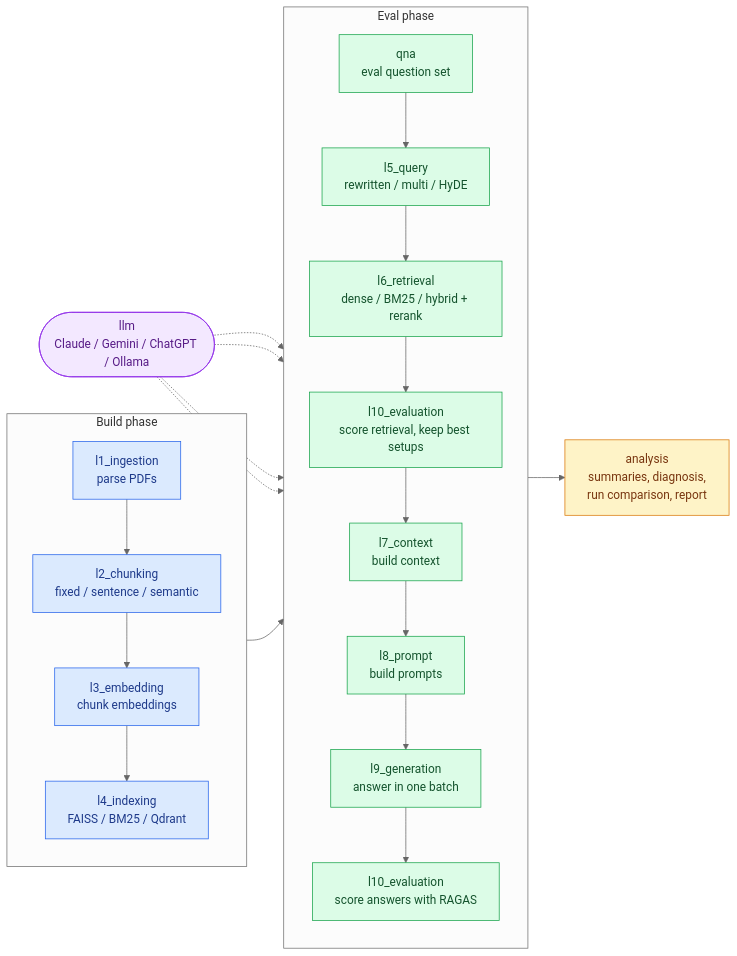
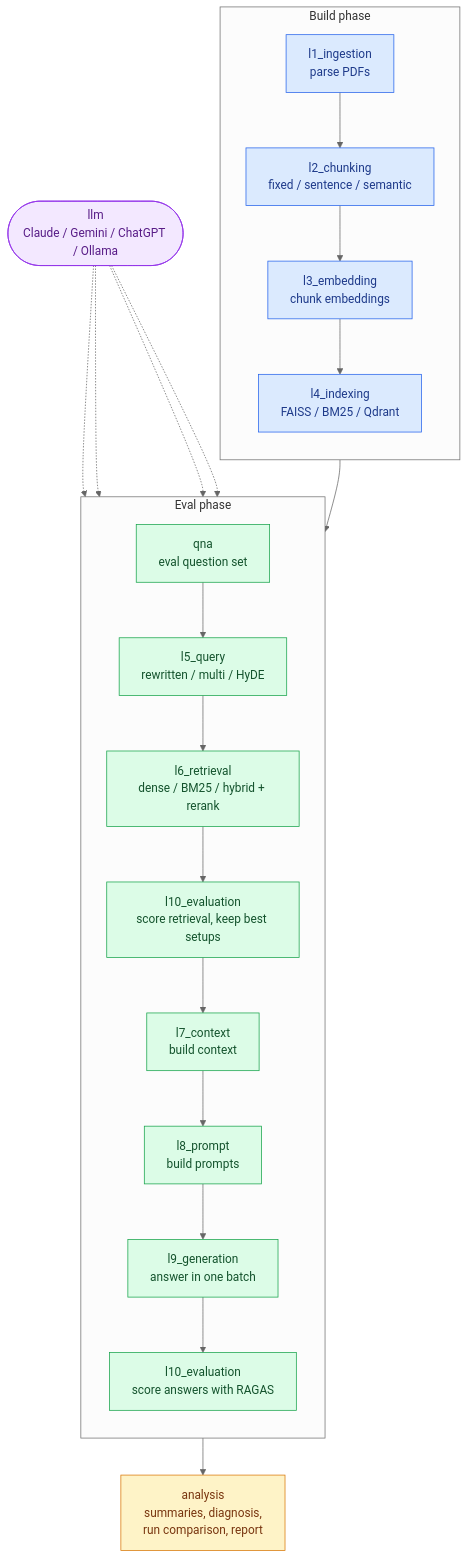
One commit to tanzima-sultana/RAG-Eval changed the diagram in README.md. Above: the diagram before and after it, drawn with Mermaid (neutral theme).

Commit message:
Lay out the README architecture diagram top to bottom, so the layers are not squeezed side by side

````diff
--- a/README.md
+++ b/README.md
@@ -23,39 +23,39 @@
 ```mermaid
-flowchart LR
+flowchart TB
     subgraph BUILD["Build phase"]
         direction TB
         L1["l1_ingestion<br/>parse PDFs"] --> L2["l2_chunking<br/>fixed / sentence / semantic"]
         L2 --> L3["l3_embedding<br/>chunk embeddings"]
         L3 --> L4["l4_indexing<br/>FAISS / BM25 / Qdrant"]
     end
 
     subgraph EVAL["Eval phase"]
         direction TB
         QNA["qna<br/>eval question set"] --> L5["l5_query<br/>rewritten / multi / HyDE"]
         L5 --> L6["l6_retrieval<br/>dense / BM25 / hybrid + rerank"]
         L6 --> RE["l10_evaluation<br/>score retrieval, keep best setups"]
         RE --> L7["l7_context<br/>build context"]
         L7 --> L8["l8_prompt<br/>build prompts"]
         L8 --> L9["l9_generation<br/>answer in one batch"]
         L9 --> AE["l10_evaluation<br/>score answers with RAGAS"]
     end
 
     AN["analysis<br/>summaries, diagnosis,<br/>run comparison, report"]
     LLM(["llm<br/>Claude / Gemini / ChatGPT / Ollama"])
 
     L4 --> L6
     AE --> AN
     LLM -.-> QNA
     LLM -.-> L5
     LLM -.-> L9
     LLM -.-> AE
 
     classDef build fill:#dbeafe,stroke:#2563eb,color:#1e3a8a
     classDef eval fill:#dcfce7,stroke:#16a34a,color:#14532d
     classDef out fill:#fef3c7,stroke:#d97706,color:#78350f
     classDef llm fill:#f3e8ff,stroke:#9333ea,color:#581c87
     class L1,L2,L3,L4 build
     class QNA,L5,L6,RE,L7,L8,L9,AE eval
     class AN out
     class LLM llm
 ```
````
